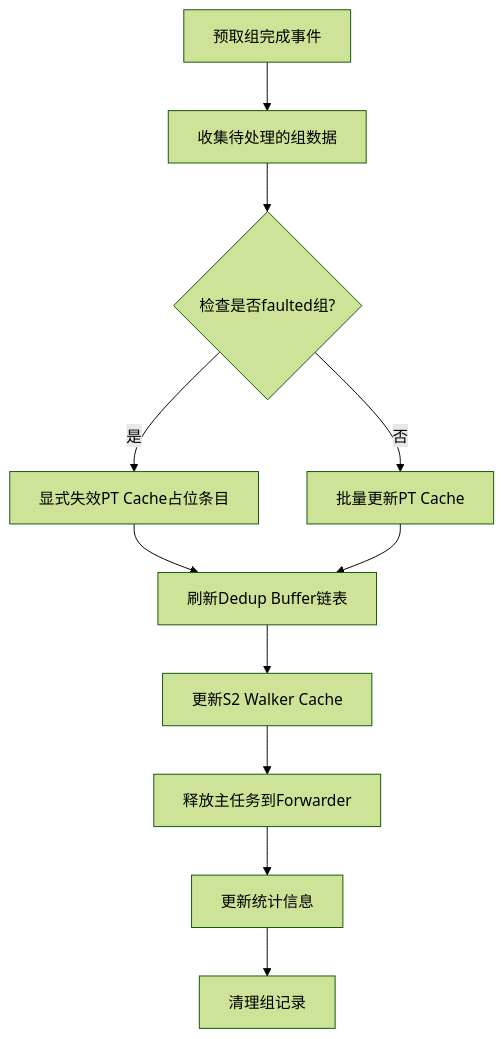
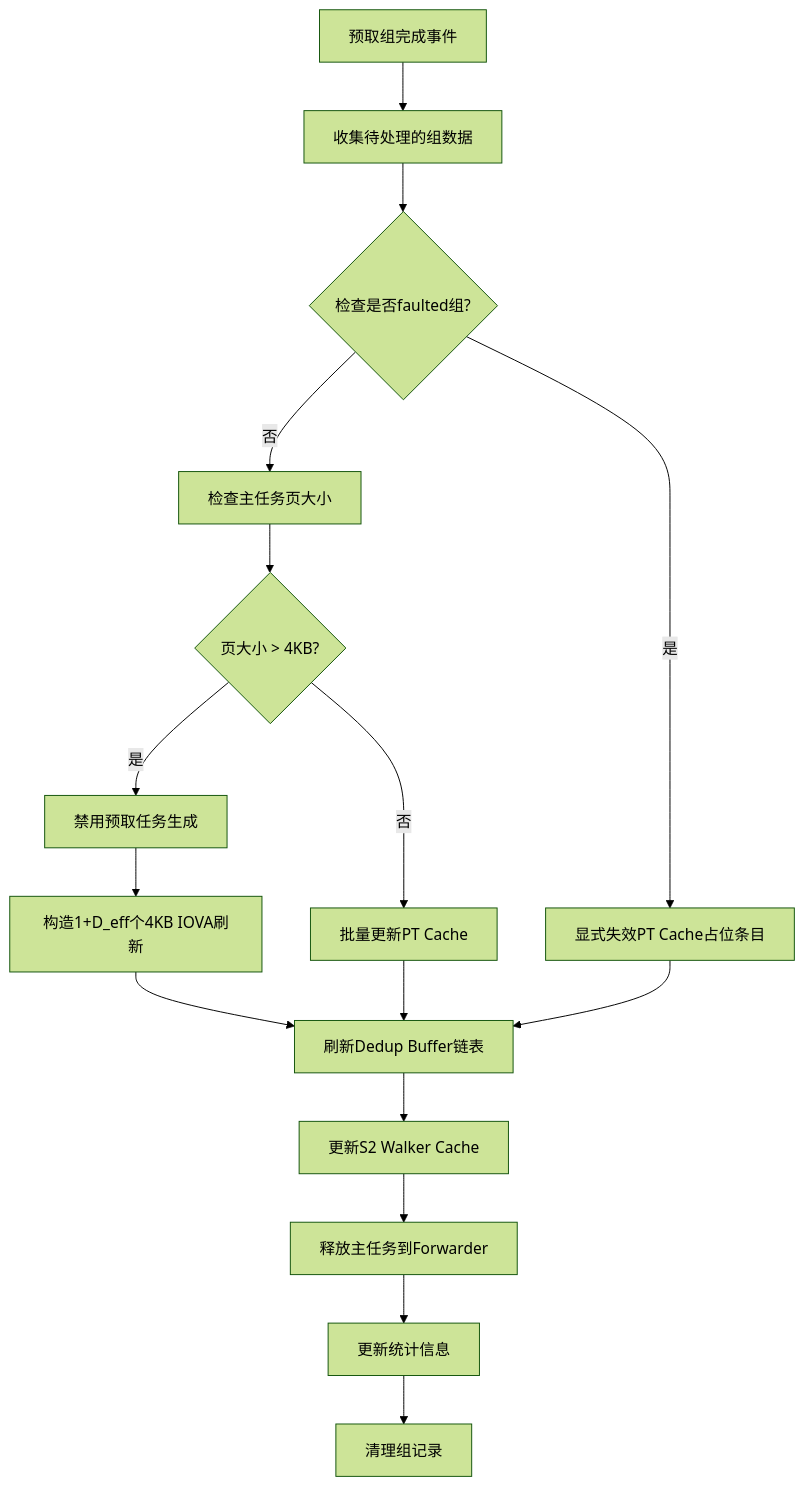
One commit to jiangjiang1122/iommu_model_20260401_v1 changed the eighth of 11 diagrams in .qoder/repowiki/zh/content/缓存系统/缓存系统.md. Above: the diagram before and after it, drawn with Mermaid (forest theme). The commit also changed other lines of this file and 186 other files, not shown here.

````diff
--- a/.qoder/repowiki/zh/content/缓存系统/缓存系统.md
+++ b/.qoder/repowiki/zh/content/缓存系统/缓存系统.md
@@ -381,13 +398,18 @@
 ```mermaid
 flowchart TD
 A["预取组完成事件"] --> B["收集待处理的组数据"]
 B --> C{"检查是否faulted组?"}
 C --> |是| D["显式失效PT Cache占位条目"]
-C --> |否| E["批量更新PT Cache"]
-D --> F["刷新Dedup Buffer链表"]
-E --> F
-F --> G["更新S2 Walker Cache"]
-G --> H["释放主任务到Forwarder"]
-H --> I["更新统计信息"]
-I --> J["清理组记录"]
+C --> |否| E["检查主任务页大小"]
+E --> F{"页大小 > 4KB?"}
+F --> |是| G["禁用预取任务生成"]
+F --> |否| H["批量更新PT Cache"]
+G --> I["构造1+D_eff个4KB IOVA刷新"]
+I --> J["刷新Dedup Buffer链表"]
+H --> J
+J --> K["更新S2 Walker Cache"]
+K --> L["释放主任务到Forwarder"]
+L --> M["更新统计信息"]
+M --> N["清理组记录"]
+D --> J
 ```
````
